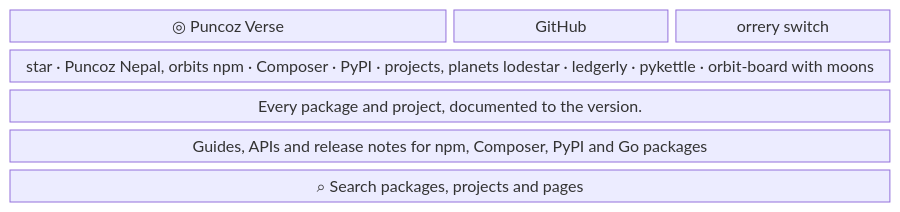
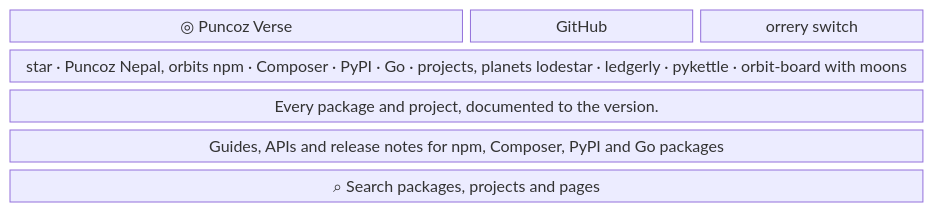
Before and after one commit to nepal-dev-com/docs.nepal-dev.com: the second of 7 diagrams in content/docs/maintain/app-flow/home-page.mdx, drawn with Mermaid. The commit also changed other lines of this file and 55 other files, not shown here.

````diff
--- a/content/docs/maintain/app-flow/home-page.mdx
+++ b/content/docs/maintain/app-flow/home-page.mdx
@@ -77,9 +77,9 @@
 ```mermaid
 block-beta
   columns 4
   word["◎ Puncoz Verse"]:2 gh["GitHub"] theme["orrery switch"]
-  sys["star · Puncoz Nepal, orbits npm · Composer · PyPI · projects, planets lodestar · ledgerly · pykettle · orbit-board with moons"]:4
+  sys["star · Puncoz Nepal, orbits npm · Composer · PyPI · Go · projects, planets lodestar · ledgerly · pykettle · orbit-board with moons"]:4
   h1["Every package and project, documented to the version."]:4
   sub["Guides, APIs and release notes for npm, Composer, PyPI and Go packages"]:4
   field["⌕  Search packages, projects and pages"]:4
 ```
````
